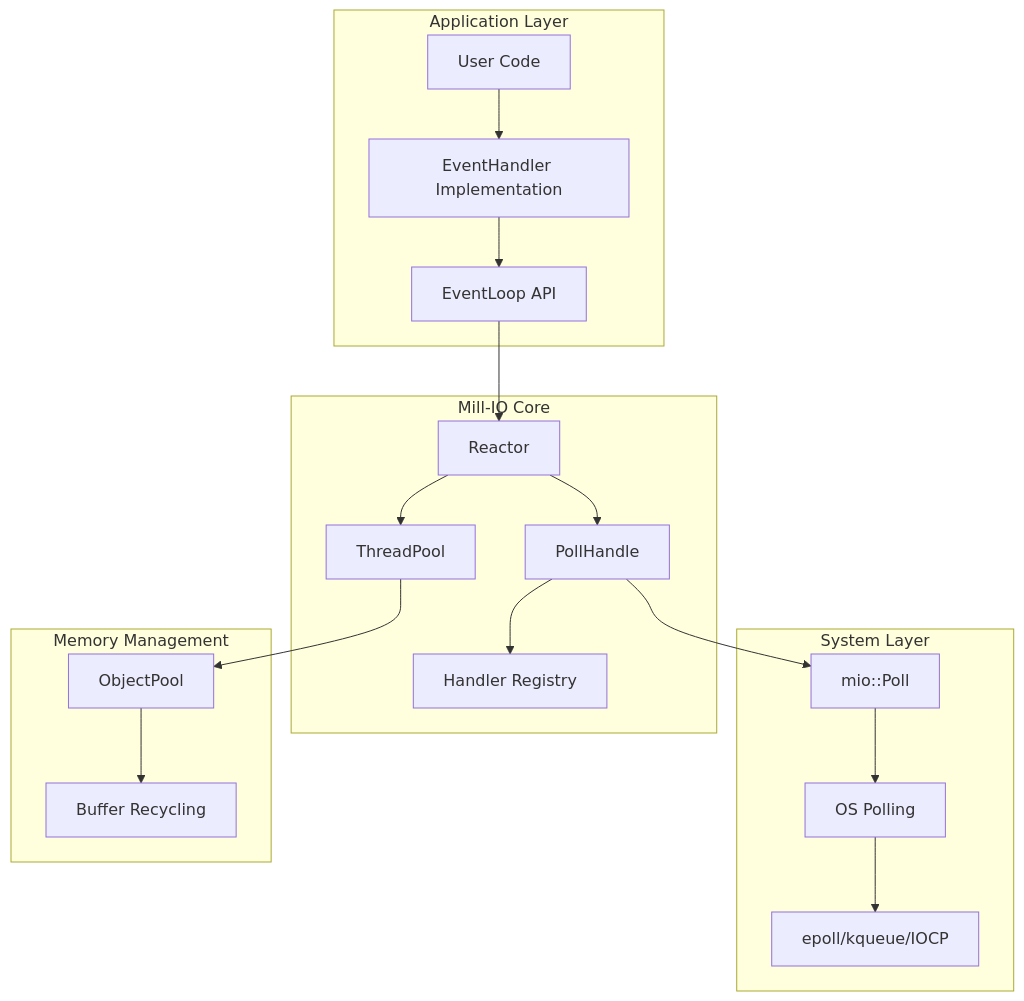
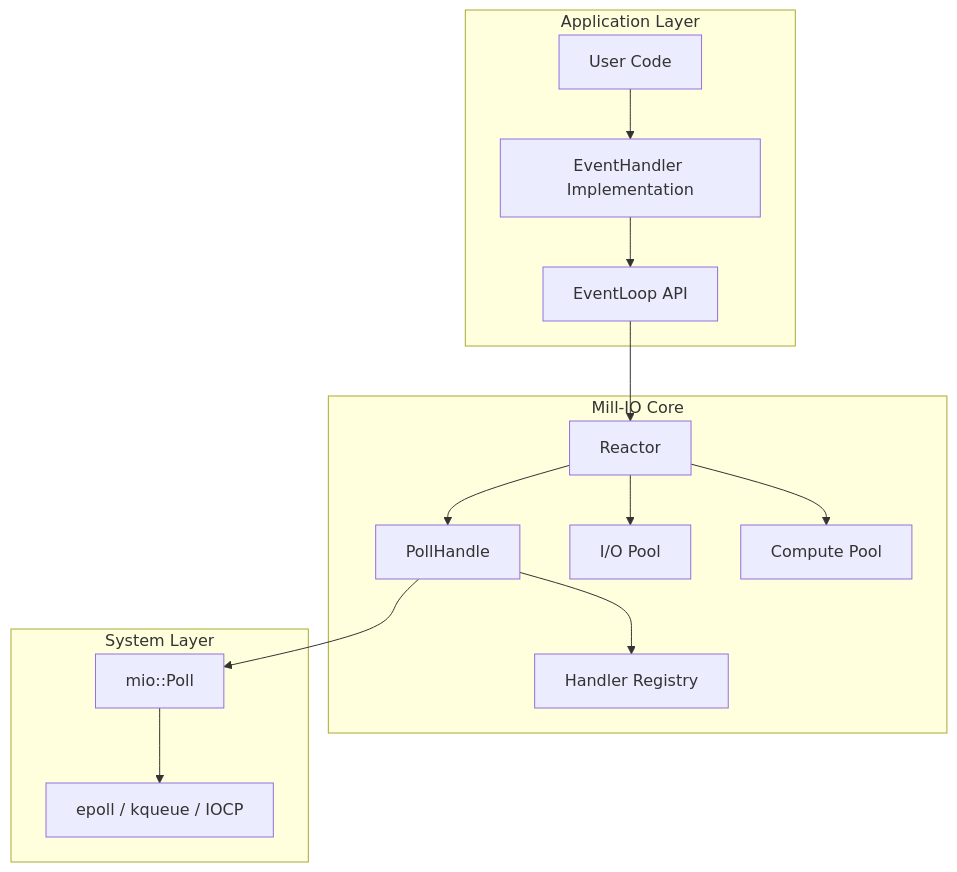
One commit to citadel-tech/Event-Loop changed the first of 8 diagrams in docs/Arch.md. Above: the diagram before and after it, drawn with Mermaid. The commit also changed other lines of this file, not shown here.

Commit message:
docs: enhance architecture documentation with detailed flowcharts and component descriptions

````diff
--- a/docs/Arch.md
+++ b/docs/Arch.md
@@ -9,25 +9,29 @@
 ```mermaid
-graph TB
-    subgraph "Application Layer"
-        A1[User Code] --> A2[EventHandler Implementation]
-        A2 --> A3[EventLoop API]
+flowchart TB
+    subgraph Application["Application Layer"]
+        UC[User Code]
+        EH[EventHandler Implementation]
+        API[EventLoop API]
+        UC --> EH --> API
     end
-    
-    subgraph "Mill-IO Core"
-        A3 --> B1[Reactor]
-        B1 --> B2[PollHandle]
-        B1 --> B3[ThreadPool]
-        B2 --> B4[Handler Registry]
+
+    subgraph Core["Mill-IO Core"]
+        R[Reactor]
+        PH[PollHandle]
+        HR[Handler Registry]
+        IOP[I/O Pool]
+        CP[Compute Pool]
+        R --> PH --> HR
+        R --> IOP
+        R --> CP
     end
-    
-    subgraph "System Layer"
-        B2 --> C1[mio::Poll]
-        C1 --> C2[OS Polling]
-        C2 --> C3[epoll/kqueue/IOCP]
+
+    subgraph System["System Layer"]
+        MIO[mio::Poll]
+        OS[epoll / kqueue / IOCP]
+        MIO --> OS
     end
-    
-    subgraph "Memory Management"
-        B3 --> D1[ObjectPool]
-        D1 --> D2[Buffer Recycling]
-    end
+
+    API --> R
+    PH --> MIO
 ```
````
